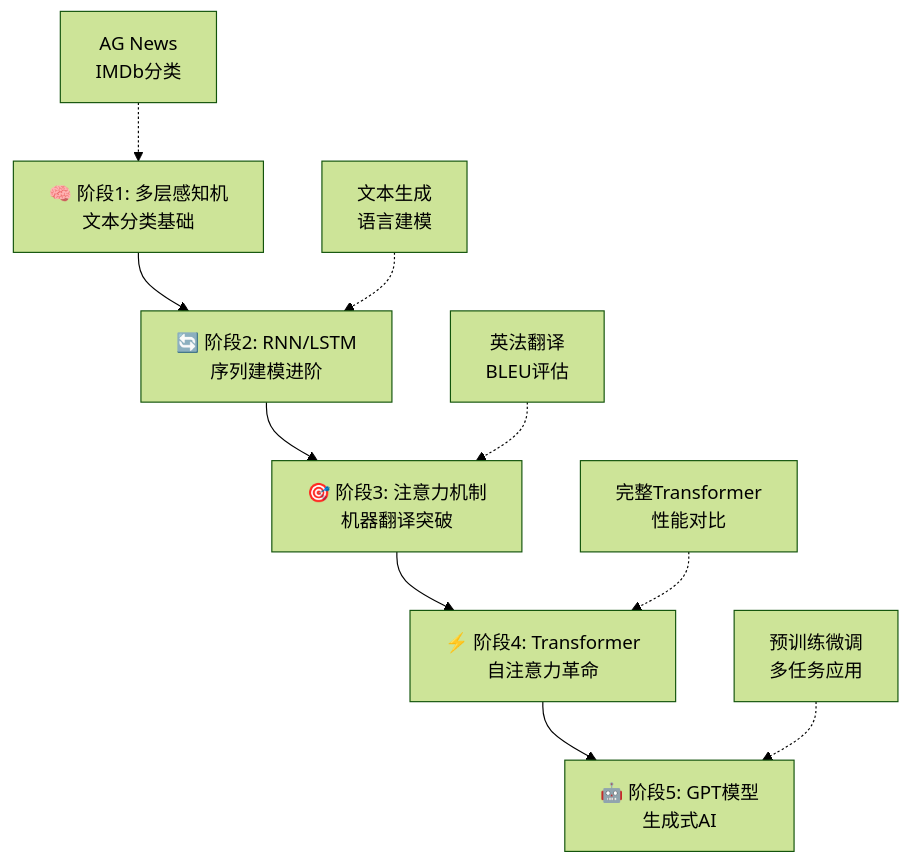
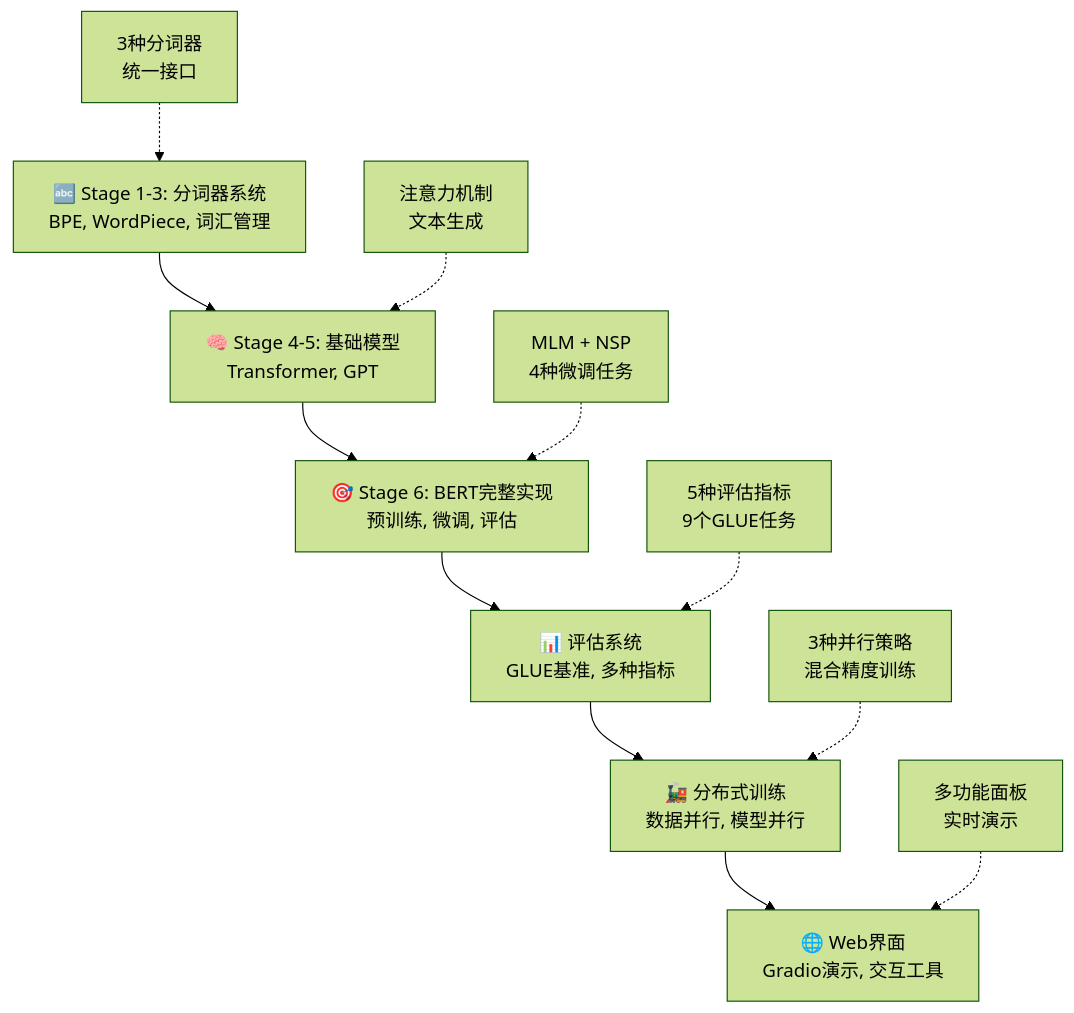
The diagram in README.md (BinaryRisker/my_llm), drawn with Mermaid (forest theme) before and after one commit. The commit also changed other lines of this file and 20 other files, not shown here.

````diff
--- a/README.md
+++ b/README.md
@@ -19,13 +22,15 @@
 ```mermaid
 graph TD
-    A["🧠 阶段1: 多层感知机<br/>文本分类基础"] --> B["🔄 阶段2: RNN/LSTM<br/>序列建模进阶"]
-    B --> C["🎯 阶段3: 注意力机制<br/>机器翻译突破"]
-    C --> D["⚡ 阶段4: Transformer<br/>自注意力革命"]
-    D --> E["🤖 阶段5: GPT模型<br/>生成式AI"]
-    
-    A1["AG News<br/>IMDb分类"] -.-> A
-    B1["文本生成<br/>语言建模"] -.-> B
-    C1["英法翻译<br/>BLEU评估"] -.-> C
-    D1["完整Transformer<br/>性能对比"] -.-> D
-    E1["预训练微调<br/>多任务应用"] -.-> E
+    A["🔤 Stage 1-3: 分词器系统<br/>BPE, WordPiece, 词汇管理"] --> B["🧠 Stage 4-5: 基础模型<br/>Transformer, GPT"] 
+    B --> C["🎯 Stage 6: BERT完整实现<br/>预训练, 微调, 评估"]
+    C --> D["📊 评估系统<br/>GLUE基准, 多种指标"]
+    D --> E["🚂 分布式训练<br/>数据并行, 模型并行"]
+    E --> F["🌐 Web界面<br/>Gradio演示, 交互工具"]
+
+    A1["3种分词器<br/>统一接口"] -.-> A
+    B1["注意力机制<br/>文本生成"] -.-> B
+    C1["MLM + NSP<br/>4种微调任务"] -.-> C
+    D1["5种评估指标<br/>9个GLUE任务"] -.-> D
+    E1["3种并行策略<br/>混合精度训练"] -.-> E
+    F1["多功能面板<br/>实时演示"] -.-> F
 ```
````
